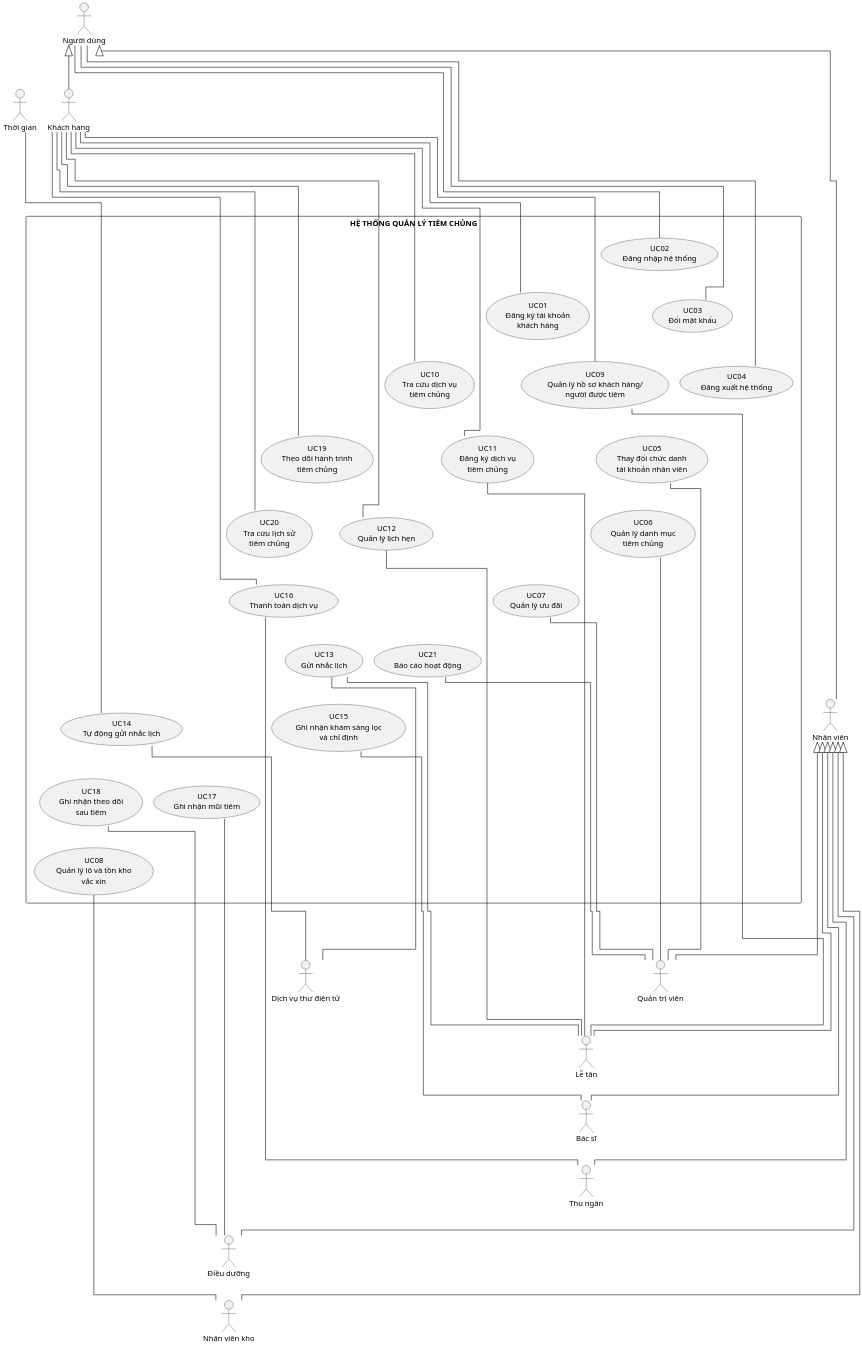
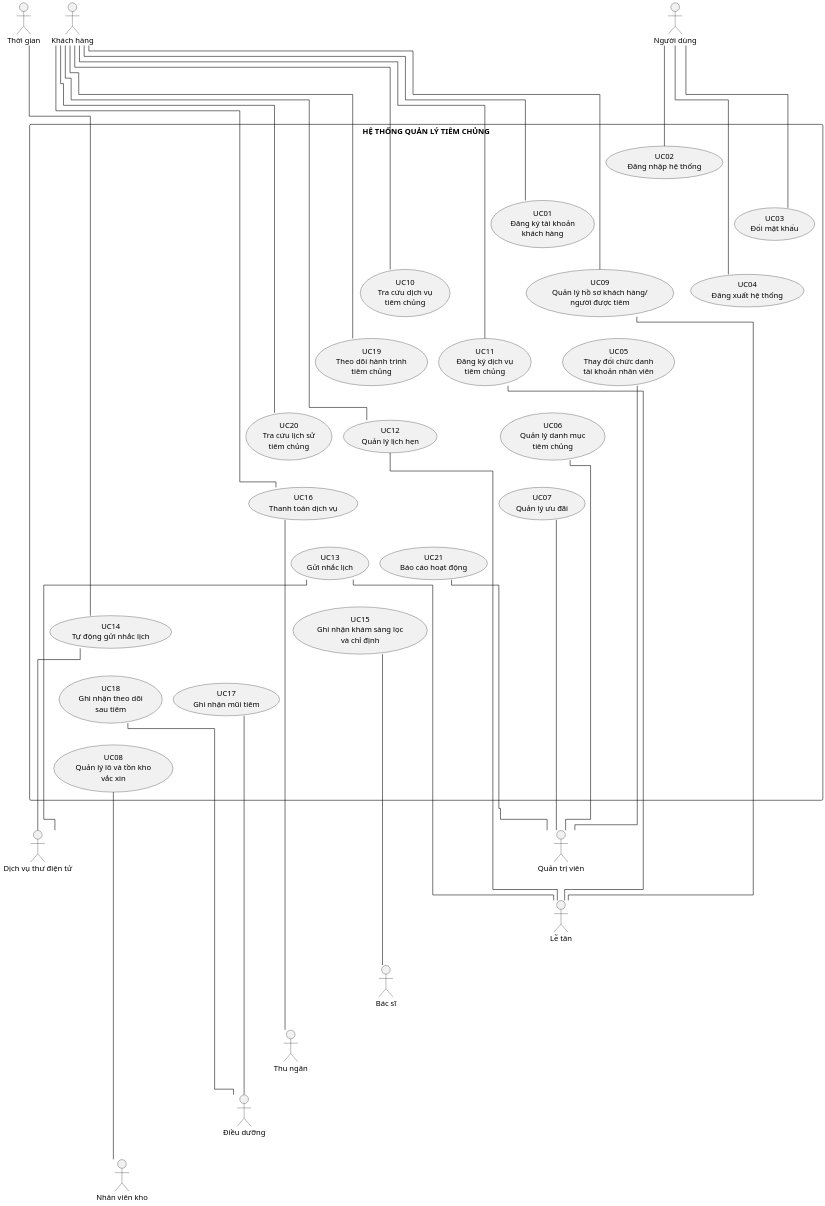
One commit to datngo1203/KLCN-QuanLyTiemChung changed the diagram in docs/thesis/uml/Hinh_System_Use_Case_21UC_Full_Portrait.puml. Above: the diagram before and after it, drawn with PlantUML.

Commit message:
docs: make full 21 UC overview straight-first

```diff
--- a/docs/thesis/uml/Hinh_System_Use_Case_21UC_Full_Portrait.puml
+++ b/docs/thesis/uml/Hinh_System_Use_Case_21UC_Full_Portrait.puml
@@ -1,158 +1,146 @@
 @startuml
 !pragma layout elk
 ' THESIS-R1 — full 21 System Use Case portrait prototype
-' Semantic baseline: reconciliation v4, 21 UC / 27 direct associations / 8 actor generalizations.
-' Visual contract: A4 portrait, actor-centric fan-out, orthogonal routing, no include/extend.
+' Semantic baseline: reconciliation v4, 21 UC / 27 direct associations.
+' Presentation policy: full-21 overview intentionally omits actor-generalization hierarchy;
+' the 8 actor generalizations remain in the semantic model and are shown/audited in detail views.
+' Visual contract: A4 portrait, actor-centric fan-out, STRAIGHT-FIRST routing, no include/extend.
 
 skinparam monochrome true
 skinparam shadowing false
 skinparam backgroundColor white
 skinparam defaultFontName "Times New Roman"
 skinparam defaultFontSize 14
 skinparam ArrowColor black
 skinparam ActorBorderColor black
 skinparam UsecaseBorderColor black
 skinparam RectangleBorderColor black
 skinparam linetype ortho
 skinparam nodesep 28
 skinparam ranksep 34
 skinparam dpi 180
 skinparam packageStyle rectangle
 
 top to bottom direction
 
 actor "Người dùng" as User
-actor "Nhân viên" as Employee
 actor "Khách hàng" as Customer
 actor "Quản trị viên" as Admin
 actor "Lễ tân" as Reception
 actor "Bác sĩ" as Doctor
 actor "Thu ngân" as Cashier
 actor "Điều dưỡng" as Nurse
 actor "Nhân viên kho" as Warehouse
 actor "Thời gian" as Time
 actor "Dịch vụ thư điện tử" as Email
 
 rectangle "HỆ THỐNG QUẢN LÝ TIÊM CHỦNG" as SystemBoundary {
   usecase "UC02\nĐăng nhập hệ thống" as UC02
   usecase "UC03\nĐổi mật khẩu" as UC03
   usecase "UC04\nĐăng xuất hệ thống" as UC04
 
   usecase "UC01\nĐăng ký tài khoản\nkhách hàng" as UC01
   usecase "UC09\nQuản lý hồ sơ khách hàng/\nngười được tiêm" as UC09
   usecase "UC05\nThay đổi chức danh\ntài khoản nhân viên" as UC05
 
   usecase "UC10\nTra cứu dịch vụ\ntiêm chủng" as UC10
   usecase "UC11\nĐăng ký dịch vụ\ntiêm chủng" as UC11
   usecase "UC06\nQuản lý danh mục\ntiêm chủng" as UC06
 
   usecase "UC19\nTheo dõi hành trình\ntiêm chủng" as UC19
   usecase "UC12\nQuản lý lịch hẹn" as UC12
   usecase "UC07\nQuản lý ưu đãi" as UC07
 
   usecase "UC20\nTra cứu lịch sử\ntiêm chủng" as UC20
   usecase "UC16\nThanh toán dịch vụ" as UC16
   usecase "UC21\nBáo cáo hoạt động" as UC21
 
   usecase "UC13\nGửi nhắc lịch" as UC13
   usecase "UC15\nGhi nhận khám sàng lọc\nvà chỉ định" as UC15
 
   usecase "UC14\nTự động gửi nhắc lịch" as UC14
   usecase "UC17\nGhi nhận mũi tiêm" as UC17
 
   usecase "UC18\nGhi nhận theo dõi\nsau tiêm" as UC18
   usecase "UC08\nQuản lý lô và tồn kho\nvắc xin" as UC08
 
   ' Layout helpers only; no semantic meaning.
   UC02 -[hidden]right- UC03
   UC03 -[hidden]right- UC04
 
   UC01 -[hidden]right- UC09
   UC09 -[hidden]right- UC05
   UC10 -[hidden]right- UC11
   UC11 -[hidden]right- UC06
   UC19 -[hidden]right- UC12
   UC12 -[hidden]right- UC07
   UC20 -[hidden]right- UC16
   UC16 -[hidden]right- UC21
   UC13 -[hidden]right- UC15
   UC14 -[hidden]right- UC17
   UC18 -[hidden]right- UC08
 
   UC02 -[hidden]down- UC01
   UC01 -[hidden]down- UC10
   UC10 -[hidden]down- UC19
   UC19 -[hidden]down- UC20
   UC20 -[hidden]down- UC13
   UC13 -[hidden]down- UC14
   UC14 -[hidden]down- UC18
 
   UC03 -[hidden]down- UC09
   UC09 -[hidden]down- UC11
   UC11 -[hidden]down- UC12
   UC12 -[hidden]down- UC16
 
   UC04 -[hidden]down- UC05
   UC05 -[hidden]down- UC06
   UC06 -[hidden]down- UC07
   UC07 -[hidden]down- UC21
   UC21 -[hidden]down- UC15
   UC15 -[hidden]down- UC17
   UC17 -[hidden]down- UC08
 }
-
-' Actor generalization. Keep hierarchy outside the main UC corridors.
-Customer -up-|> User
-Employee -left-|> User
-Admin -up-|> Employee
-Reception -up-|> Employee
-Doctor -up-|> Employee
-Cashier -up-|> Employee
-Nurse -up-|> Employee
-Warehouse -up-|> Employee
-
 ' Actor ordering helpers only.
-User -[hidden]right- Employee
 Admin -[hidden]down- Reception
 Reception -[hidden]down- Doctor
 Doctor -[hidden]down- Cashier
 Cashier -[hidden]down- Nurse
 Nurse -[hidden]down- Warehouse
 Time -[hidden]right- Email
 
 ' 27 direct actor–UC associations.
 User -- UC02
 User -- UC03
 User -- UC04
 
 Customer -right- UC01
 Customer -right- UC10
 Customer -right- UC19
 Customer -right- UC20
 Customer -right- UC09
 Customer -right- UC11
 Customer -right- UC12
 Customer -right- UC16
 
 UC09 -right- Reception
 UC11 -right- Reception
 UC12 -right- Reception
 UC13 -right- Reception
 
 UC05 -right- Admin
 UC06 -right- Admin
 UC07 -right- Admin
 UC21 -right- Admin
 
 UC15 -right- Doctor
 UC16 -right- Cashier
 UC17 -right- Nurse
 UC18 -right- Nurse
 UC08 -right- Warehouse
 
 Time -- UC14
 UC13 -- Email
 UC14 -- Email
 
-' CI retrigger after deterministic postprocess fix
 @enduml
```
